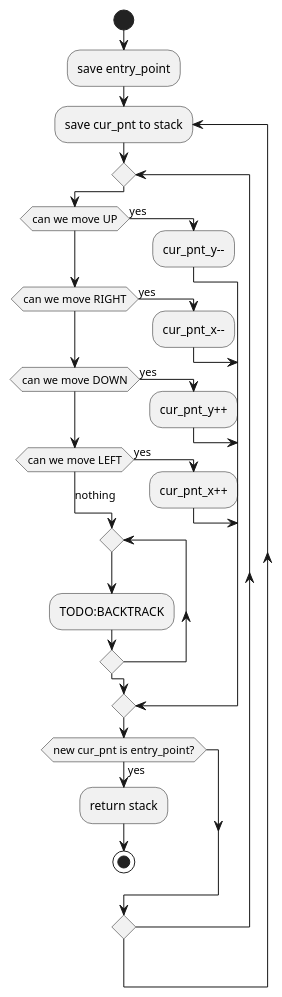
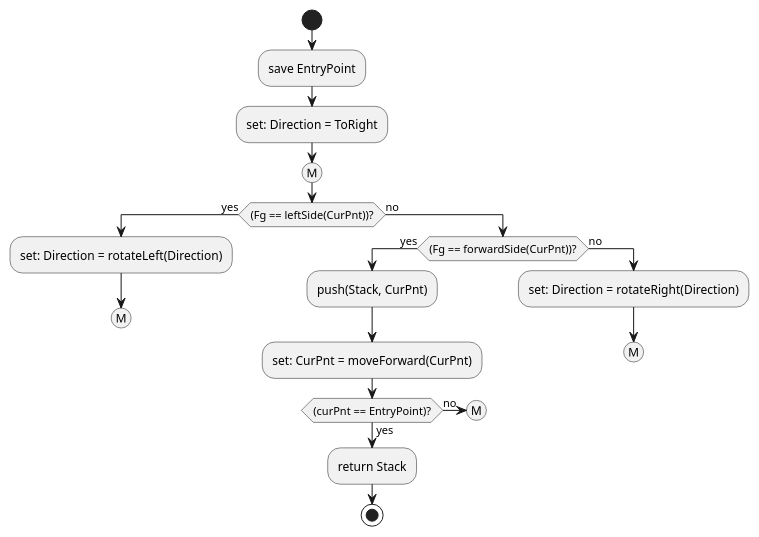
The fifth of 6 diagrams in README.org (rigidus/survey), drawn with PlantUML before and after one commit. The commit also changed other lines of this file, not shown here.

```diff
--- a/README.org
+++ b/README.org
@@ -1164,34 +1167,28 @@
 #+BEGIN_SRC plantuml :file ./img/rc-edge-detector.png
   start
-
-  :save entry_point;
-
-  repeat :save cur_pnt to stack;
-
-  label try_to_move;
-  repeat;
-
-  !pragma useVerticalIf on
-  if (can we move UP) then (yes)
-    :cur_pnt_y--;
-
-  elseif (can we move RIGHT) then (yes)
-    :cur_pnt_x--;
-  elseif (can we move DOWN) then (yes)
-    :cur_pnt_y++;
-  elseif (can we move LEFT) then (yes)
-    :cur_pnt_x++;
-  else (nothing)
-    repeat;
-      :TODO:BACKTRACK;
-    repeat while ();
-
-  endif
-
-  if (new cur_pnt is entry_point?) then (yes)
-    :return stack;
-    stop;
-  endif
-
-  repeat while ();
+    :save EntryPoint;
+    :set: Direction = ToRight;
+    !pragma useVerticalIf on
+    (M)
+    if ((Fg == leftSide(CurPnt))?) then (yes)
+      :set: Direction = rotateLeft(Direction);
+      (M)
+      detach;
+    else (no)
+      if ((Fg == forwardSide(CurPnt))?) then (yes)
+        :push(Stack, CurPnt);
+        :set: CurPnt = moveForward(CurPnt);
+        if ((curPnt == EntryPoint)?) then (yes)
+          :return Stack;
+          stop;
+        else (no)
+          (M)
+          detach;
+        endif;
+      else (no)
+        :set: Direction = rotateRight(Direction);
+        (M)
+        detach;
+      endif;
+    endif;
 #+END_SRC
```
